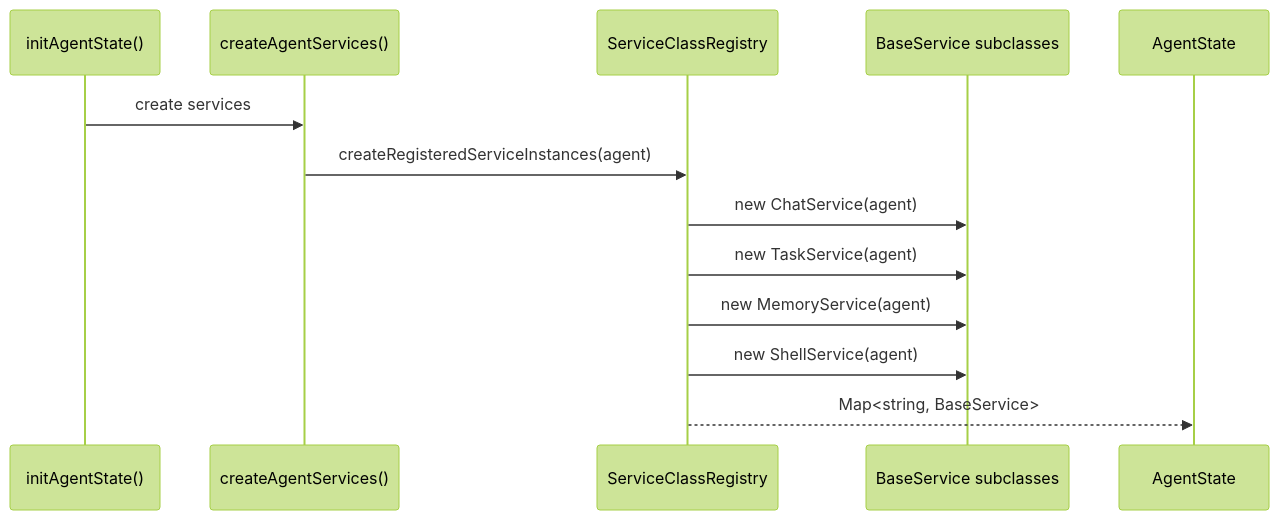
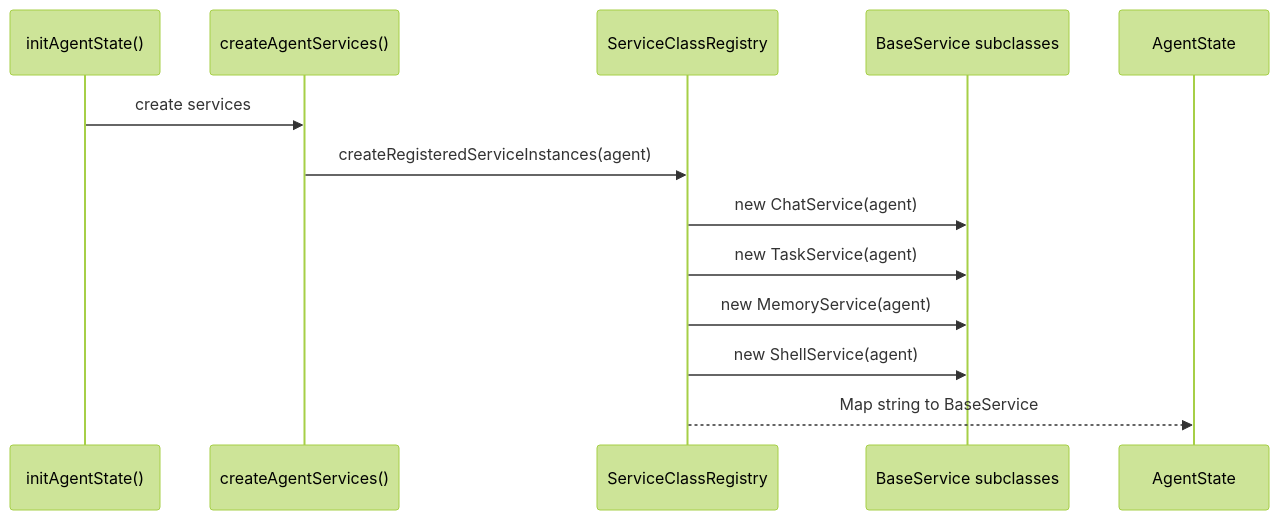
One commit to wangenius/downcity changed the first of 7 diagrams in devdocs/service-and-plugin.md. Above: the diagram before and after it, drawn with Mermaid (forest theme). The commit also changed other lines of this file and 96 other files, not shown here.

````diff
--- a/devdocs/service-and-plugin.md
+++ b/devdocs/service-and-plugin.md
@@ -76,16 +69,16 @@
 ```mermaid
 sequenceDiagram
   participant INIT as initAgentState()
   participant FACTORY as createAgentServices()
   participant REGISTRY as ServiceClassRegistry
   participant SERVICE as BaseService subclasses
   participant AGENT as AgentState
 
   INIT->>FACTORY: create services
   FACTORY->>REGISTRY: createRegisteredServiceInstances(agent)
   REGISTRY->>SERVICE: new ChatService(agent)
   REGISTRY->>SERVICE: new TaskService(agent)
   REGISTRY->>SERVICE: new MemoryService(agent)
   REGISTRY->>SERVICE: new ShellService(agent)
-  REGISTRY-->>AGENT: Map<string, BaseService>
+  REGISTRY-->>AGENT: Map string to BaseService
 ```
````
